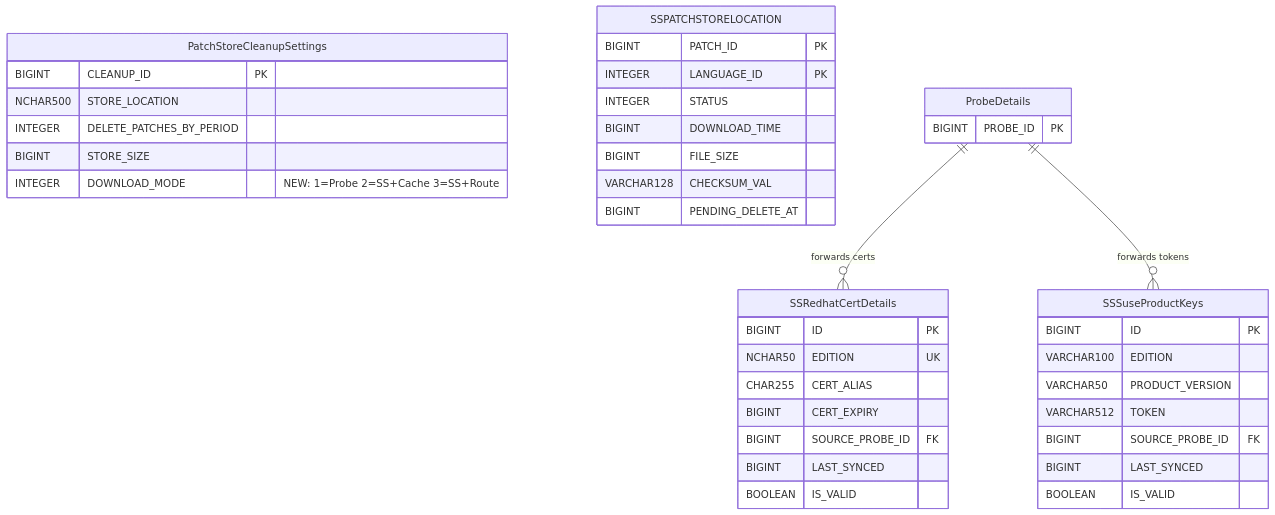
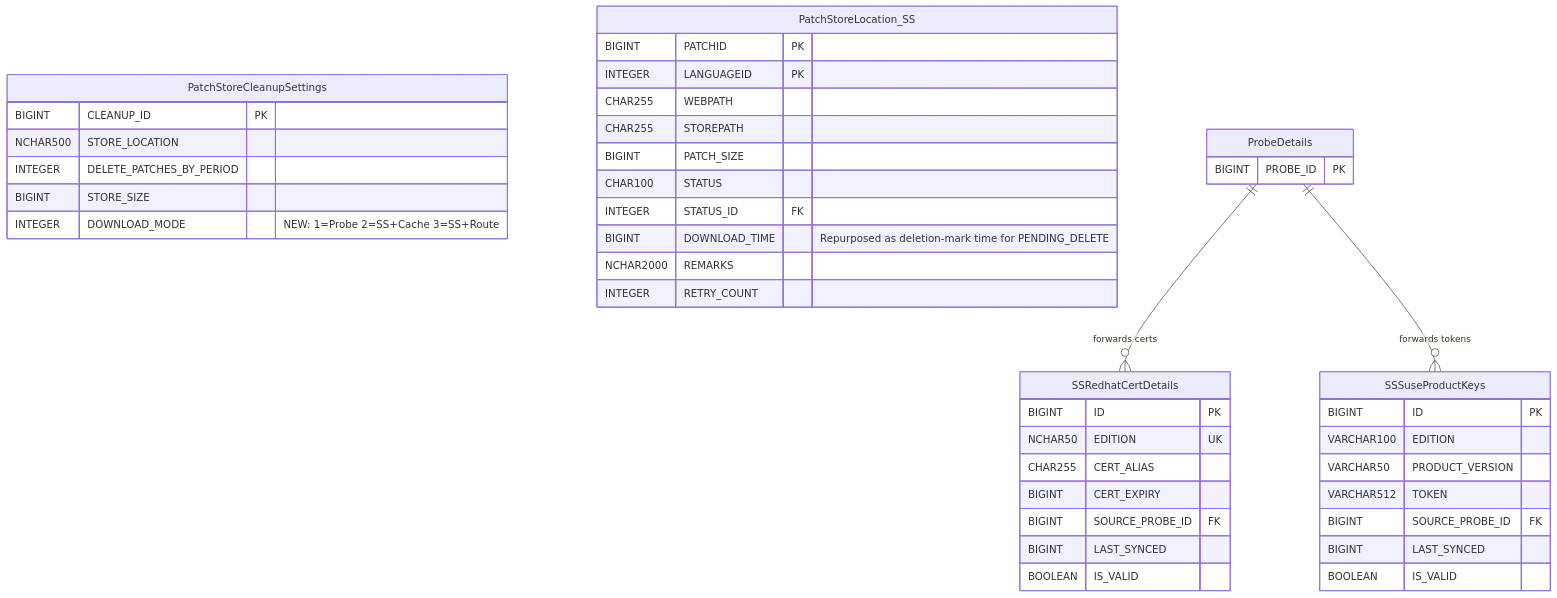
The first of 2 diagrams in low-level-design-v3.md (ranjithkumar-a-23525/RebaseEx), drawn with Mermaid before and after one commit. The commit also changed other lines of this file, not shown here.

````diff
--- a/low-level-design-v3.md
+++ b/low-level-design-v3.md
@@ -70,51 +70,55 @@
 ```mermaid
 erDiagram
     %% ── MODIFIED TABLE ─────────────────────────────────────
     PatchStoreCleanupSettings {
         BIGINT CLEANUP_ID PK
         NCHAR500 STORE_LOCATION
         INTEGER DELETE_PATCHES_BY_PERIOD
         BIGINT STORE_SIZE
         INTEGER DOWNLOAD_MODE "NEW: 1=Probe 2=SS+Cache 3=SS+Route"
     }
 
-    %% ── NEW TABLES ─────────────────────────────────────────
-    SSPATCHSTORELOCATION {
-        BIGINT PATCH_ID PK
-        INTEGER LANGUAGE_ID PK
-        INTEGER STATUS
-        BIGINT DOWNLOAD_TIME
-        BIGINT FILE_SIZE
-        VARCHAR128 CHECKSUM_VAL
-        BIGINT PENDING_DELETE_AT
+    %% ── REUSED TABLE (from Probe, no schema changes) ───────
+    PatchStoreLocation_SS {
+        BIGINT PATCHID PK
+        INTEGER LANGUAGEID PK
+        CHAR255 WEBPATH
+        CHAR255 STOREPATH
+        BIGINT PATCH_SIZE
+        CHAR100 STATUS
+        INTEGER STATUS_ID FK
+        BIGINT DOWNLOAD_TIME "Repurposed as deletion-mark time for PENDING_DELETE"
+        NCHAR2000 REMARKS
+        INTEGER RETRY_COUNT
     }
 
+    %% ── NEW TABLES ─────────────────────────────────────────
     SSRedhatCertDetails {
         BIGINT ID PK
         NCHAR50 EDITION UK
         CHAR255 CERT_ALIAS
         BIGINT CERT_EXPIRY
         BIGINT SOURCE_PROBE_ID FK
         BIGINT LAST_SYNCED
         BOOLEAN IS_VALID
     }
 
     SSSuseProductKeys {
         BIGINT ID PK
         VARCHAR100 EDITION
         VARCHAR50 PRODUCT_VERSION
         VARCHAR512 TOKEN
         BIGINT SOURCE_PROBE_ID FK
         BIGINT LAST_SYNCED
         BOOLEAN IS_VALID
     }
 
     %% ── EXISTING TABLES (FK reference only) ────────────────
     ProbeDetails {
         BIGINT PROBE_ID PK
     }
 
     %% ── RELATIONSHIPS ──────────────────────────────────────
     ProbeDetails ||--o{ SSRedhatCertDetails : "forwards certs"
     ProbeDetails ||--o{ SSSuseProductKeys : "forwards tokens"
 ```
````
